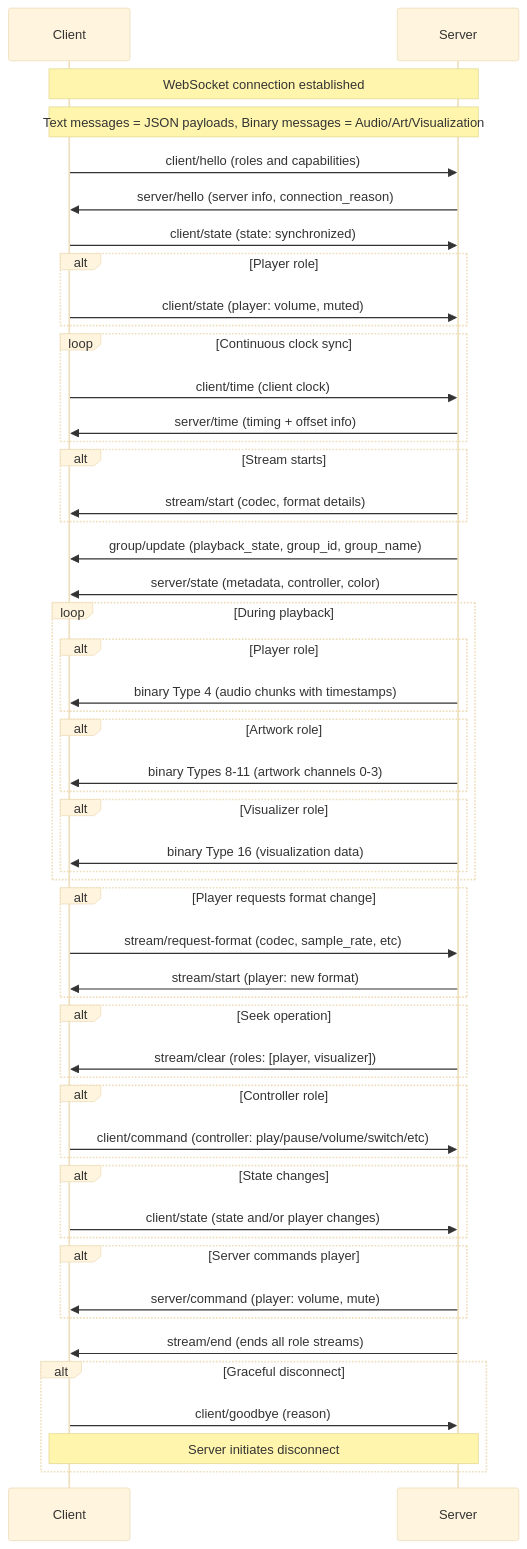
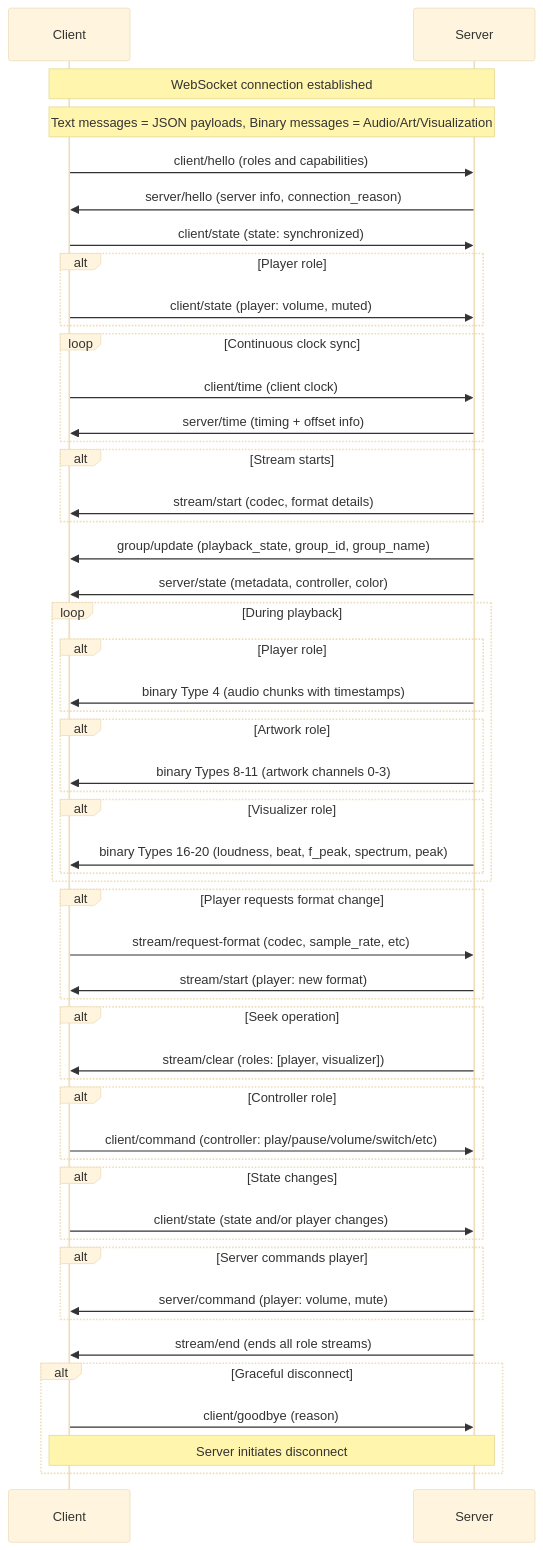
The diagram in README.md (Resonate-Protocol/spec), drawn with Mermaid (base theme) before and after one commit. The commit also changed other lines of this file, not shown here.

````diff
--- a/README.md
+++ b/README.md
@@ -184,69 +184,69 @@
 ```mermaid
 sequenceDiagram
     participant Client
     participant Server
 
     Note over Client,Server: WebSocket connection established
 
     Note over Client,Server: Text messages = JSON payloads, Binary messages = Audio/Art/Visualization
 
     Client->>Server: client/hello (roles and capabilities)
     Server->>Client: server/hello (server info, connection_reason)
 
     Client->>Server: client/state (state: synchronized)
     alt Player role
         Client->>Server: client/state (player: volume, muted)
     end
 
     loop Continuous clock sync
         Client->>Server: client/time (client clock)
         Server->>Client: server/time (timing + offset info)
     end
 
     alt Stream starts
         Server->>Client: stream/start (codec, format details)
     end
 
     Server->>Client: group/update (playback_state, group_id, group_name)
     Server->>Client: server/state (metadata, controller, color)
 
     loop During playback
         alt Player role
             Server->>Client: binary Type 4 (audio chunks with timestamps)
         end
         alt Artwork role
             Server->>Client: binary Types 8-11 (artwork channels 0-3)
         end
         alt Visualizer role
-            Server->>Client: binary Type 16 (visualization data)
+            Server->>Client: binary Types 16-20 (loudness, beat, f_peak, spectrum, peak)
         end
     end
 
     alt Player requests format change
         Client->>Server: stream/request-format (codec, sample_rate, etc)
         Server->>Client: stream/start (player: new format)
     end
 
     alt Seek operation
         Server->>Client: stream/clear (roles: [player, visualizer])
     end
 
     alt Controller role
         Client->>Server: client/command (controller: play/pause/volume/switch/etc)
     end
 
     alt State changes
         Client->>Server: client/state (state and/or player changes)
     end
 
     alt Server commands player
         Server->>Client: server/command (player: volume, mute)
     end
 
     Server->>Client: stream/end (ends all role streams)
 
     alt Graceful disconnect
         Client->>Server: client/goodbye (reason)
         Note over Client,Server: Server initiates disconnect
     end
 ```
````
